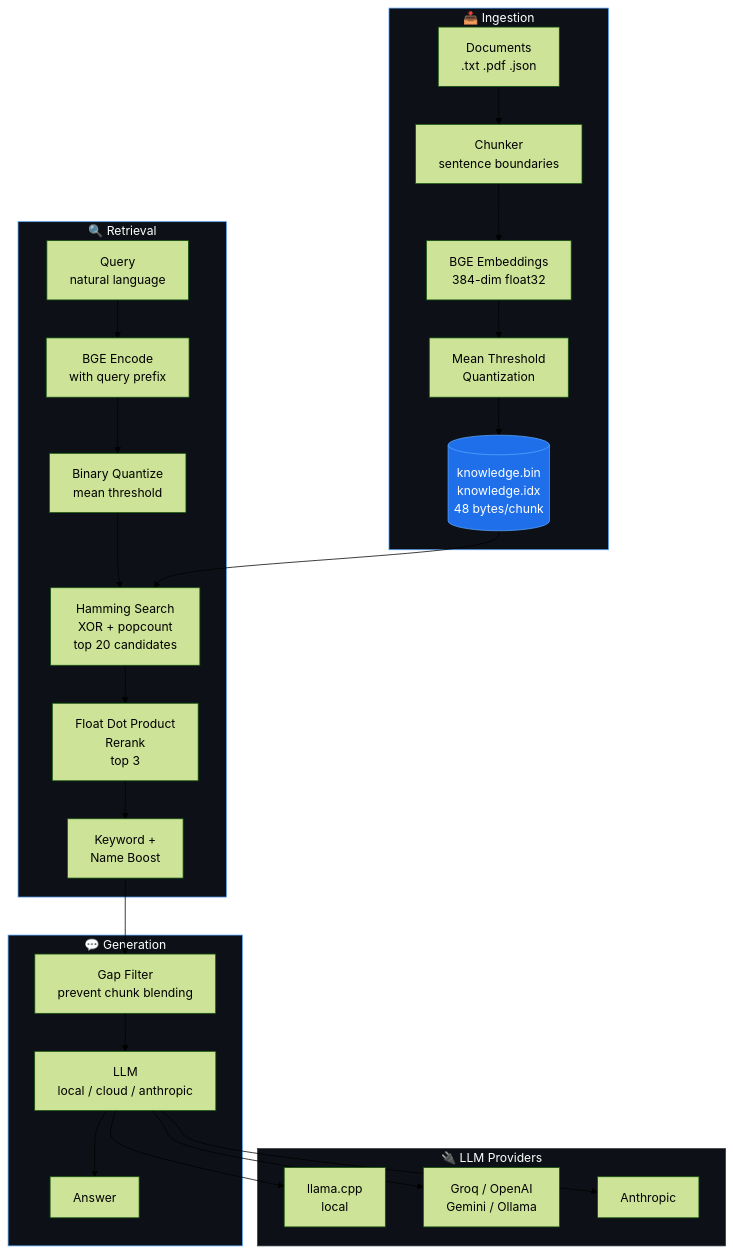
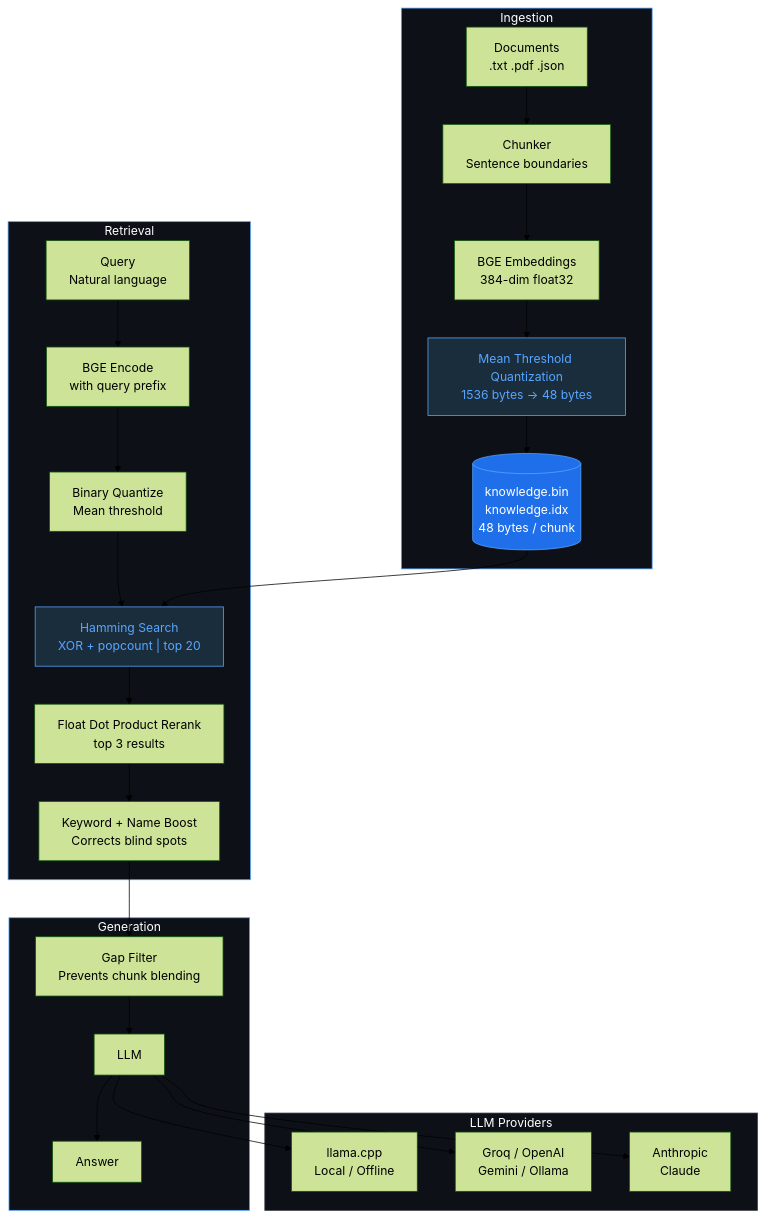
One commit to gabrielav2004/EdgeMind changed the diagram in README.md. Above: the diagram before and after it, drawn with Mermaid (forest theme).

````diff
--- a/README.md
+++ b/README.md
@@ -59,46 +59,48 @@
 ```mermaid
 flowchart TD
-    subgraph INGEST["📥 Ingestion"]
-        D[Documents\n.txt .pdf .json]
-        C[Chunker\nsentence boundaries]
-        E[BGE Embeddings\n384-dim float32]
-        Q[Mean Threshold\nQuantization]
-        DB[(knowledge.bin\nknowledge.idx\n48 bytes/chunk)]
+    subgraph INGEST["Ingestion"]
+        D["Documents<br>.txt  .pdf  .json"]
+        C["Chunker<br>Sentence boundaries"]
+        E["BGE Embeddings<br>384-dim float32"]
+        Q["Mean Threshold Quantization<br>1536 bytes → 48 bytes"]
+        DB[("knowledge.bin<br>knowledge.idx<br>48 bytes / chunk")]
         D --> C --> E --> Q --> DB
     end
 
-    subgraph RETRIEVE["🔍 Retrieval"]
-        Q2[Query\nnatural language]
-        E2[BGE Encode\nwith query prefix]
-        QB[Binary Quantize\nmean threshold]
-        H[Hamming Search\nXOR + popcount\ntop 20 candidates]
-        R[Float Dot Product\nRerank\ntop 3]
-        K[Keyword +\nName Boost]
+    subgraph RETRIEVE["Retrieval"]
+        Q2["Query<br>Natural language"]
+        E2["BGE Encode<br>with query prefix"]
+        QB["Binary Quantize<br>Mean threshold"]
+        H["Hamming Search<br>XOR + popcount  |  top 20"]
+        R["Float Dot Product Rerank<br>top 3 results"]
+        K["Keyword + Name Boost<br>Corrects blind spots"]
         Q2 --> E2 --> QB --> H --> R --> K
     end
 
-    subgraph GENERATE["💬 Generation"]
-        G[Gap Filter\nprevent chunk blending]
-        LLM[LLM\nlocal / cloud / anthropic]
-        A[Answer]
+    subgraph GENERATE["Generation"]
+        G["Gap Filter<br>Prevents chunk blending"]
+        LLM["LLM"]
+        A["Answer"]
         K --> G --> LLM --> A
     end
 
     DB --> H
 
-    subgraph PROVIDERS["🔌 LLM Providers"]
-        P1[llama.cpp\nlocal]
-        P2[Groq / OpenAI\nGemini / Ollama]
-        P3[Anthropic]
+    subgraph PROVIDERS["LLM Providers"]
+        P1["llama.cpp<br>Local / Offline"]
+        P2["Groq / OpenAI<br>Gemini / Ollama"]
+        P3["Anthropic<br>Claude"]
     end
 
     LLM --> P1
     LLM --> P2
     LLM --> P3
 
     style INGEST fill:#0d1117,stroke:#58a6ff,color:#ffffff
     style RETRIEVE fill:#0d1117,stroke:#58a6ff,color:#ffffff
     style GENERATE fill:#0d1117,stroke:#58a6ff,color:#ffffff
     style PROVIDERS fill:#0d1117,stroke:#30363d,color:#ffffff
     style DB fill:#1f6feb,stroke:#58a6ff,color:#ffffff
+    style Q fill:#1a2d3d,stroke:#58a6ff,color:#58a6ff
+    style H fill:#1a2d3d,stroke:#58a6ff,color:#58a6ff
 ```
````
